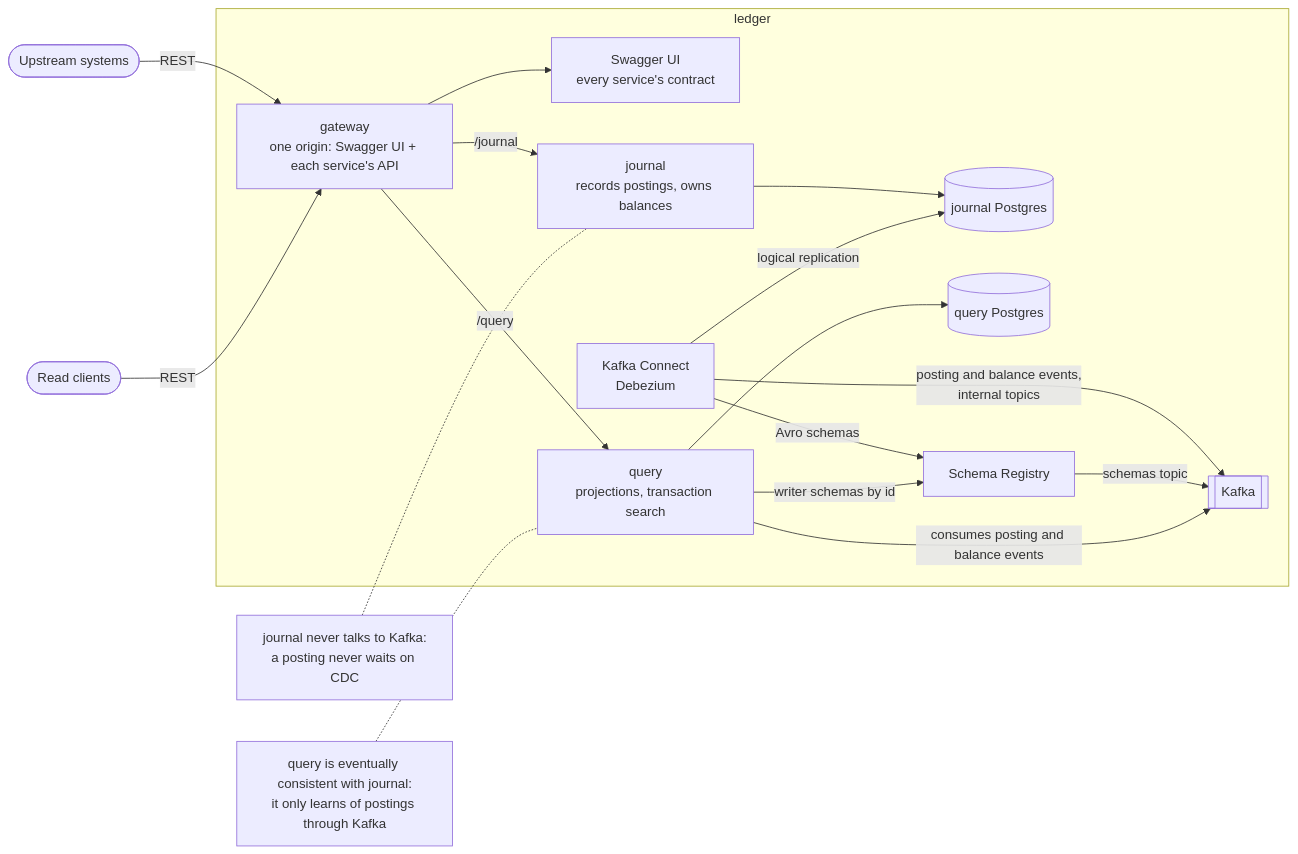
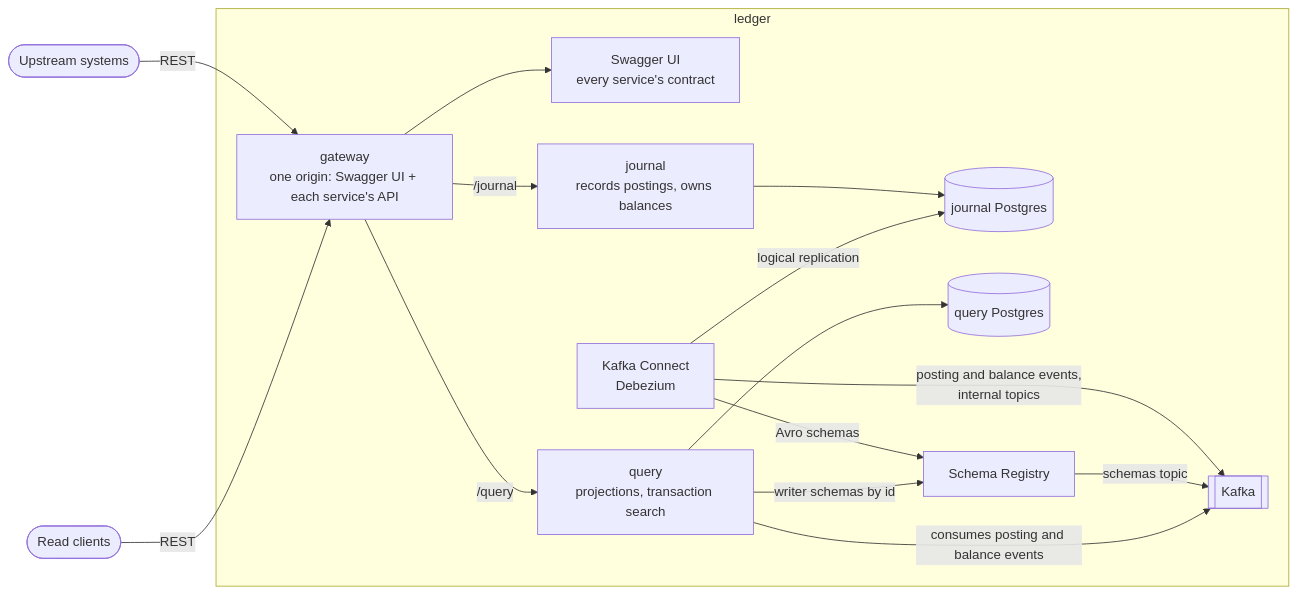
The diagram in docs/architecture/containers.md (apulbere/ledger), drawn with Mermaid before and after one commit.

Commit message:
Drop notes from the container diagram

````diff
--- a/docs/architecture/containers.md
+++ b/docs/architecture/containers.md
@@ -5,33 +5,29 @@
 ```mermaid
 flowchart LR
     upstream([Upstream systems])
     readers([Read clients])
     subgraph ledger
         gateway[gateway<br/>one origin: Swagger UI + each service's API]
         swagger[Swagger UI<br/>every service's contract]
         journal[journal<br/>records postings, owns balances]
         query[query<br/>projections, transaction search]
         journaldb[(journal Postgres)]
         querydb[(query Postgres)]
         connect[Kafka Connect<br/>Debezium]
         kafka[[Kafka]]
         registry[Schema Registry]
     end
     upstream -- "REST" --> gateway
     readers -- "REST" --> gateway
     gateway --> swagger
     gateway -- "/journal" --> journal
     gateway -- "/query" --> query
     journal --> journaldb
     connect -- "logical replication" --> journaldb
     connect -- "posting and balance events,<br/>internal topics" --> kafka
     connect -- "Avro schemas" --> registry
     registry -- "schemas topic" --> kafka
     query -- "consumes posting and balance events" --> kafka
     query -- "writer schemas by id" --> registry
     query --> querydb
-    note["journal never talks to Kafka:<br/>a posting never waits on CDC"]
-    note -.- journal
-    note2["query is eventually consistent with journal:<br/>it only learns of postings through Kafka"]
-    note2 -.- query
 ```
````
